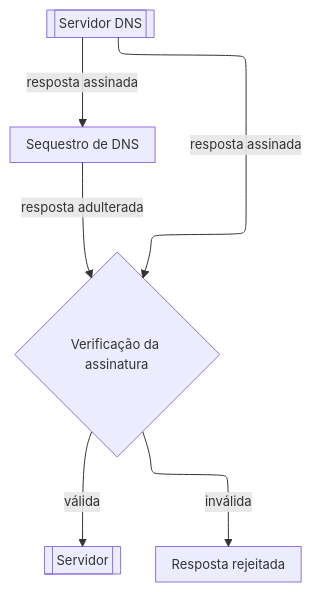
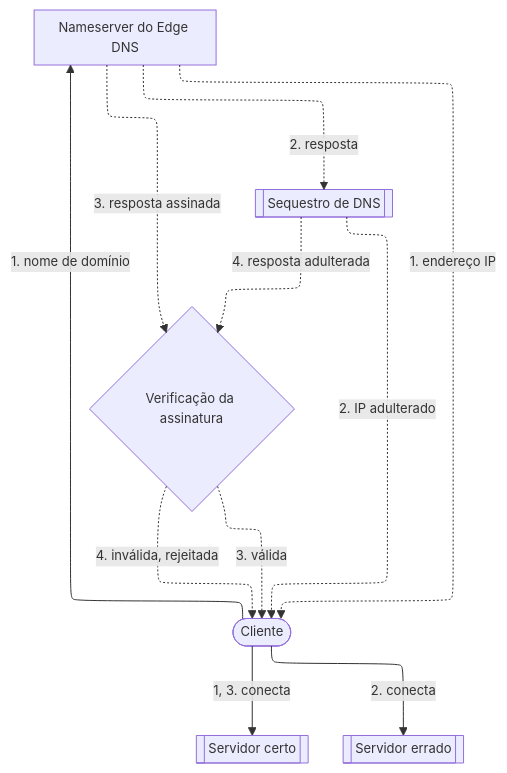
The fourth of 4 diagrams in apps/docs/src/content/docs/pt-br/pages/secure/edge-dns/how-it-works.mdx (aziontech/docs), drawn with Mermaid before and after one commit. The commit also changed other lines of this file and 73 other files, not shown here.

Commit message:
fix(edge-dns): test the Edge DNS section against the product and correct the pages (#2710)

````diff
--- a/apps/docs/src/content/docs/pt-br/pages/secure/edge-dns/how-it-works.mdx
+++ b/apps/docs/src/content/docs/pt-br/pages/secure/edge-dns/how-it-works.mdx
@@ -139,9 +150,20 @@
 ```mermaid
-%%{init: {"layout": "elk", "themeVariables": {"fontSize": "13px"}, "flowchart": {"nodeSpacing": 24, "rankSpacing": 36, "padding": 8, "wrappingWidth": 150, "useMaxWidth": true}, "sequence": {"width": 120, "actorMargin": 30, "useMaxWidth": true}}}%%
+%%{init: {"layout": "elk", "elk": {"cycleBreakingStrategy": "MODEL_ORDER"}, "themeVariables": {"fontSize": "13px"}, "flowchart": {"nodeSpacing": 24, "rankSpacing": 36, "padding": 8, "wrappingWidth": 150, "useMaxWidth": true}, "sequence": {"width": 120, "actorMargin": 30, "useMaxWidth": true}}}%%
 flowchart TD
-  Dns[["Servidor DNS"]] -->|"resposta assinada"| Check{"Verificação da assinatura"}
-  Dns -->|"resposta assinada"| Hij["Sequestro de DNS"]
-  Hij -->|"resposta adulterada"| Check
-  Check -->|"válida"| Srv[["Servidor"]]
-  Check -->|"inválida"| Rej["Resposta rejeitada"]
+  Client(["Cliente"])
+  NS["Nameserver do Edge DNS"]
+  Hijack[["Sequestro de DNS"]]
+  Check{"Verificação da assinatura"}
+  Right[["Servidor certo"]]
+  Wrong[["Servidor errado"]]
+  Client -->|"1. nome de domínio"| NS
+  NS -.->|"1. endereço IP"| Client
+  NS -.->|"2. resposta"| Hijack
+  Hijack -.->|"2. IP adulterado"| Client
+  NS -.->|"3. resposta assinada"| Check
+  Hijack -.->|"4. resposta adulterada"| Check
+  Check -.->|"3. válida"| Client
+  Check -.->|"4. inválida, rejeitada"| Client
+  Client -->|"1, 3. conecta"| Right
+  Client -->|"2. conecta"| Wrong
 ```
````
